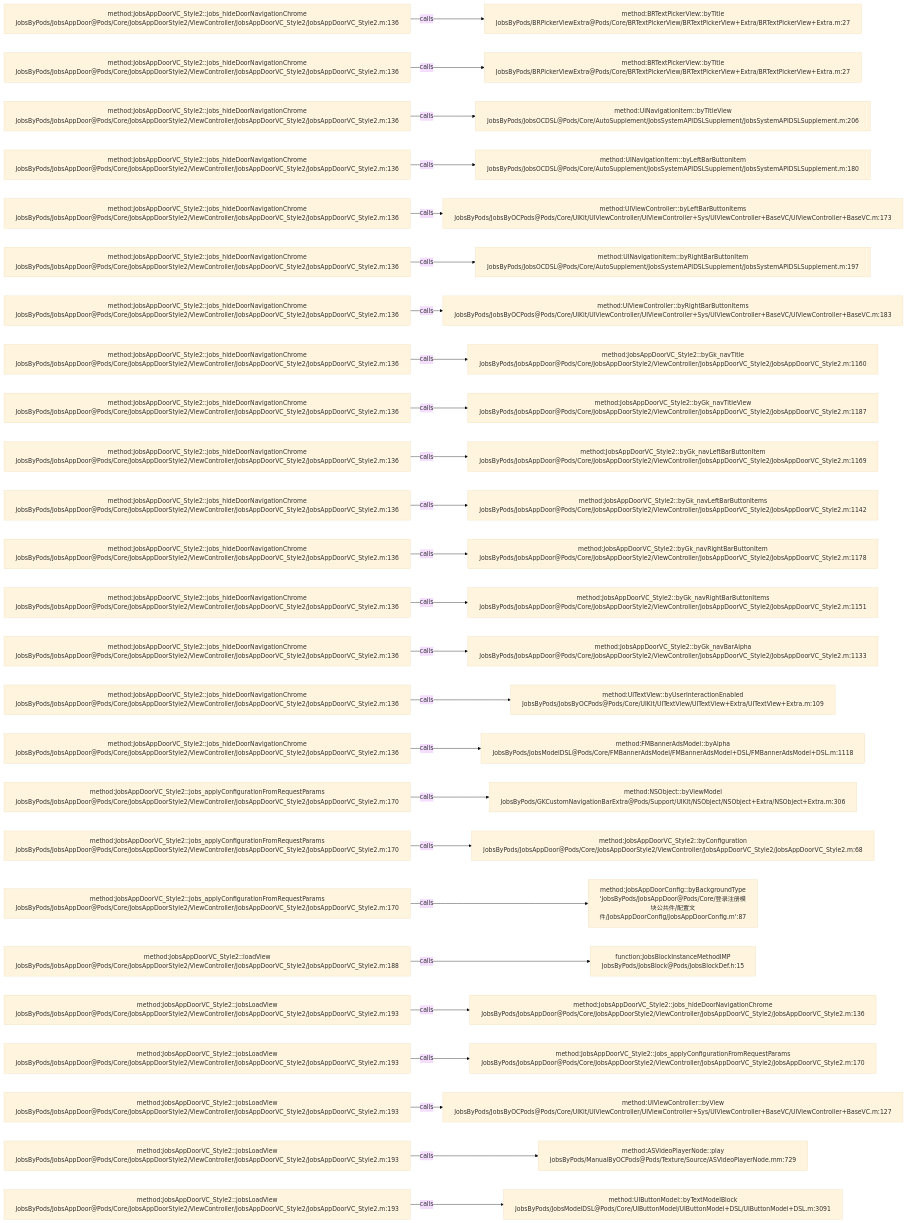
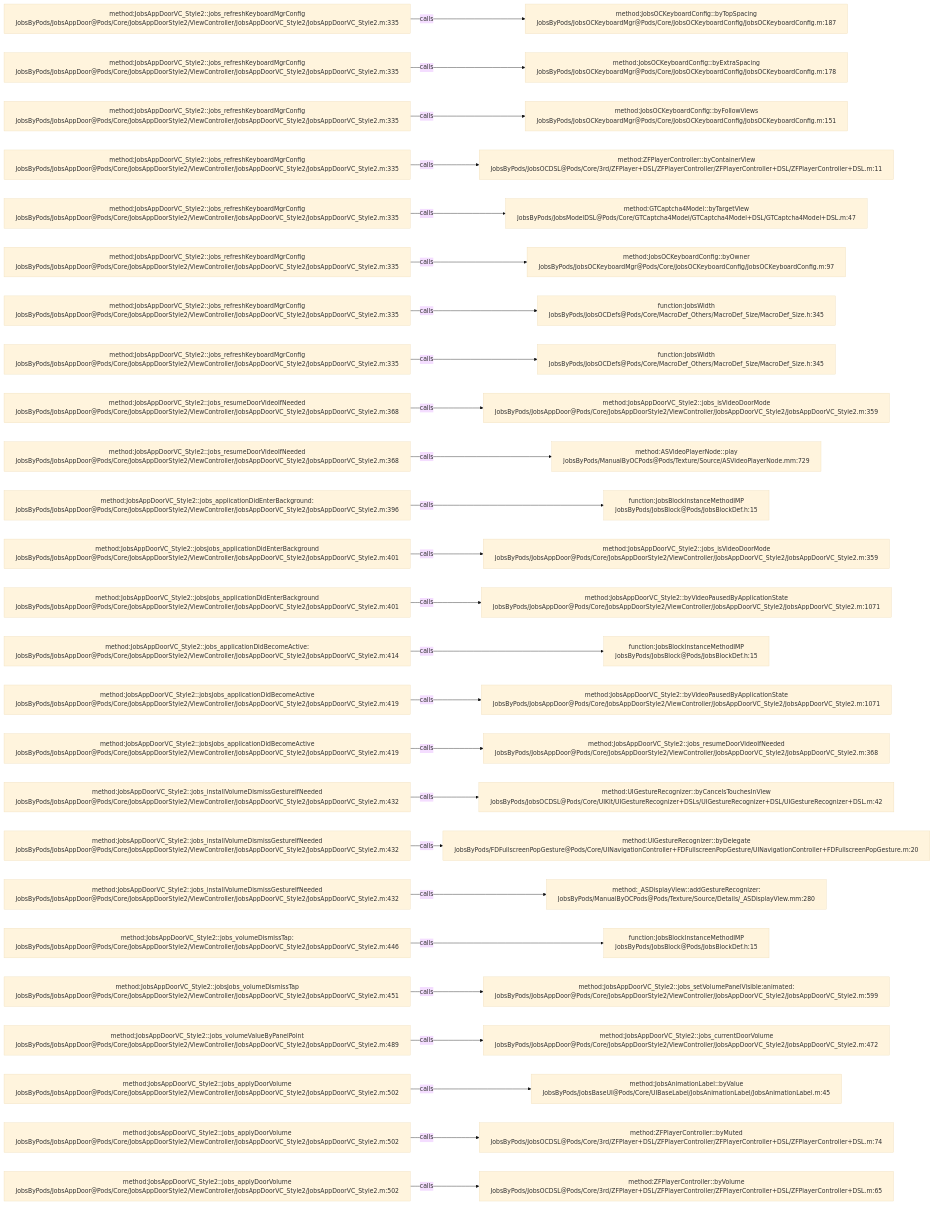
One commit to JobsKits/JobsOCBaseConfigDemo changed the diagram in .codegraph/codegraph.md/graphs/calls-138.md. Above: the diagram before and after it, drawn with Mermaid (base theme). The commit also changed 223 other files, not shown here.

````diff
--- a/.codegraph/codegraph.md/graphs/calls-138.md
+++ b/.codegraph/codegraph.md/graphs/calls-138.md
@@ -13,78 +13,78 @@
 ```mermaid
 flowchart LR
-  S1["method:JobsAppDoorVC_Style2::jobs_hideDoorNavigationChrome<br/>JobsByPods/JobsAppDoor@Pods/Core/JobsAppDoorStyle2/ViewController/JobsAppDoorVC_Style2/JobsAppDoorVC_Style2.m:136"]
-  T1["method:BRTextPickerView::byTitle<br/>JobsByPods/BRPickerViewExtra@Pods/Core/BRTextPickerView/BRTextPickerView+Extra/BRTextPickerView+Extra.m:27"]
+  S1["method:JobsAppDoorVC_Style2::jobs_refreshKeyboardMgrConfig<br/>JobsByPods/JobsAppDoor@Pods/Core/JobsAppDoorStyle2/ViewController/JobsAppDoorVC_Style2/JobsAppDoorVC_Style2.m:335"]
+  T1["method:JobsOCKeyboardConfig::byTopSpacing<br/>JobsByPods/JobsOCKeyboardMgr@Pods/Core/JobsOCKeyboardConfig/JobsOCKeyboardConfig.m:187"]
   S1 -->|calls| T1
-  S2["method:JobsAppDoorVC_Style2::jobs_hideDoorNavigationChrome<br/>JobsByPods/JobsAppDoor@Pods/Core/JobsAppDoorStyle2/ViewController/JobsAppDoorVC_Style2/JobsAppDoorVC_Style2.m:136"]
-  T2["method:BRTextPickerView::byTitle<br/>JobsByPods/BRPickerViewExtra@Pods/Core/BRTextPickerView/BRTextPickerView+Extra/BRTextPickerView+Extra.m:27"]
+  S2["method:JobsAppDoorVC_Style2::jobs_refreshKeyboardMgrConfig<br/>JobsByPods/JobsAppDoor@Pods/Core/JobsAppDoorStyle2/ViewController/JobsAppDoorVC_Style2/JobsAppDoorVC_Style2.m:335"]
+  T2["method:JobsOCKeyboardConfig::byExtraSpacing<br/>JobsByPods/JobsOCKeyboardMgr@Pods/Core/JobsOCKeyboardConfig/JobsOCKeyboardConfig.m:178"]
   S2 -->|calls| T2
-  S3["method:JobsAppDoorVC_Style2::jobs_hideDoorNavigationChrome<br/>JobsByPods/JobsAppDoor@Pods/Core/JobsAppDoorStyle2/ViewController/JobsAppDoorVC_Style2/JobsAppDoorVC_Style2.m:136"]
-  T3["method:UINavigationItem::byTitleView<br/>JobsByPods/JobsOCDSL@Pods/Core/AutoSupplement/JobsSystemAPIDSLSupplement/JobsSystemAPIDSLSupplement.m:206"]
+  S3["method:JobsAppDoorVC_Style2::jobs_refreshKeyboardMgrConfig<br/>JobsByPods/JobsAppDoor@Pods/Core/JobsAppDoorStyle2/ViewController/JobsAppDoorVC_Style2/JobsAppDoorVC_Style2.m:335"]
+  T3["method:JobsOCKeyboardConfig::byFollowViews<br/>JobsByPods/JobsOCKeyboardMgr@Pods/Core/JobsOCKeyboardConfig/JobsOCKeyboardConfig.m:151"]
   S3 -->|calls| T3
-  S4["method:JobsAppDoorVC_Style2::jobs_hideDoorNavigationChrome<br/>JobsByPods/JobsAppDoor@Pods/Core/JobsAppDoorStyle2/ViewController/JobsAppDoorVC_Style2/JobsAppDoorVC_Style2.m:136"]
-  T4["method:UINavigationItem::byLeftBarButtonItem<br/>JobsByPods/JobsOCDSL@Pods/Core/AutoSupplement/JobsSystemAPIDSLSupplement/JobsSystemAPIDSLSupplement.m:180"]
+  S4["method:JobsAppDoorVC_Style2::jobs_refreshKeyboardMgrConfig<br/>JobsByPods/JobsAppDoor@Pods/Core/JobsAppDoorStyle2/ViewController/JobsAppDoorVC_Style2/JobsAppDoorVC_Style2.m:335"]
+  T4["method:ZFPlayerController::byContainerView<br/>JobsByPods/JobsOCDSL@Pods/Core/3rd/ZFPlayer+DSL/ZFPlayerController/ZFPlayerController+DSL/ZFPlayerController+DSL.m:11"]
   S4 -->|calls| T4
-  S5["method:JobsAppDoorVC_Style2::jobs_hideDoorNavigationChrome<br/>JobsByPods/JobsAppDoor@Pods/Core/JobsAppDoorStyle2/ViewController/JobsAppDoorVC_Style2/JobsAppDoorVC_Style2.m:136"]
-  T5["method:UIViewController::byLeftBarButtonItems<br/>JobsByPods/JobsByOCPods@Pods/Core/UIKit/UIViewController/UIViewController+Sys/UIViewController+BaseVC/UIViewController+BaseVC.m:173"]
+  S5["method:JobsAppDoorVC_Style2::jobs_refreshKeyboardMgrConfig<br/>JobsByPods/JobsAppDoor@Pods/Core/JobsAppDoorStyle2/ViewController/JobsAppDoorVC_Style2/JobsAppDoorVC_Style2.m:335"]
+  T5["method:GTCaptcha4Model::byTargetView<br/>JobsByPods/JobsModelDSL@Pods/Core/GTCaptcha4Model/GTCaptcha4Model+DSL/GTCaptcha4Model+DSL.m:47"]
   S5 -->|calls| T5
-  S6["method:JobsAppDoorVC_Style2::jobs_hideDoorNavigationChrome<br/>JobsByPods/JobsAppDoor@Pods/Core/JobsAppDoorStyle2/ViewController/JobsAppDoorVC_Style2/JobsAppDoorVC_Style2.m:136"]
-  T6["method:UINavigationItem::byRightBarButtonItem<br/>JobsByPods/JobsOCDSL@Pods/Core/AutoSupplement/JobsSystemAPIDSLSupplement/JobsSystemAPIDSLSupplement.m:197"]
+  S6["method:JobsAppDoorVC_Style2::jobs_refreshKeyboardMgrConfig<br/>JobsByPods/JobsAppDoor@Pods/Core/JobsAppDoorStyle2/ViewController/JobsAppDoorVC_Style2/JobsAppDoorVC_Style2.m:335"]
+  T6["method:JobsOCKeyboardConfig::byOwner<br/>JobsByPods/JobsOCKeyboardMgr@Pods/Core/JobsOCKeyboardConfig/JobsOCKeyboardConfig.m:97"]
   S6 -->|calls| T6
-  S7["method:JobsAppDoorVC_Style2::jobs_hideDoorNavigationChrome<br/>JobsByPods/JobsAppDoor@Pods/Core/JobsAppDoorStyle2/ViewController/JobsAppDoorVC_Style2/JobsAppDoorVC_Style2.m:136"]
-  T7["method:UIViewController::byRightBarButtonItems<br/>JobsByPods/JobsByOCPods@Pods/Core/UIKit/UIViewController/UIViewController+Sys/UIViewController+BaseVC/UIViewController+BaseVC.m:183"]
+  S7["method:JobsAppDoorVC_Style2::jobs_refreshKeyboardMgrConfig<br/>JobsByPods/JobsAppDoor@Pods/Core/JobsAppDoorStyle2/ViewController/JobsAppDoorVC_Style2/JobsAppDoorVC_Style2.m:335"]
+  T7["function:JobsWidth<br/>JobsByPods/JobsOCDefs@Pods/Core/MacroDef_Others/MacroDef_Size/MacroDef_Size.h:345"]
   S7 -->|calls| T7
-  S8["method:JobsAppDoorVC_Style2::jobs_hideDoorNavigationChrome<br/>JobsByPods/JobsAppDoor@Pods/Core/JobsAppDoorStyle2/ViewController/JobsAppDoorVC_Style2/JobsAppDoorVC_Style2.m:136"]
-  T8["method:JobsAppDoorVC_Style2::byGk_navTitle<br/>JobsByPods/JobsAppDoor@Pods/Core/JobsAppDoorStyle2/ViewController/JobsAppDoorVC_Style2/JobsAppDoorVC_Style2.m:1160"]
+  S8["method:JobsAppDoorVC_Style2::jobs_refreshKeyboardMgrConfig<br/>JobsByPods/JobsAppDoor@Pods/Core/JobsAppDoorStyle2/ViewController/JobsAppDoorVC_Style2/JobsAppDoorVC_Style2.m:335"]
+  T8["function:JobsWidth<br/>JobsByPods/JobsOCDefs@Pods/Core/MacroDef_Others/MacroDef_Size/MacroDef_Size.h:345"]
   S8 -->|calls| T8
-  S9["method:JobsAppDoorVC_Style2::jobs_hideDoorNavigationChrome<br/>JobsByPods/JobsAppDoor@Pods/Core/JobsAppDoorStyle2/ViewController/JobsAppDoorVC_Style2/JobsAppDoorVC_Style2.m:136"]
-  T9["method:JobsAppDoorVC_Style2::byGk_navTitleView<br/>JobsByPods/JobsAppDoor@Pods/Core/JobsAppDoorStyle2/ViewController/JobsAppDoorVC_Style2/JobsAppDoorVC_Style2.m:1187"]
+  S9["method:JobsAppDoorVC_Style2::jobs_resumeDoorVideoIfNeeded<br/>JobsByPods/JobsAppDoor@Pods/Core/JobsAppDoorStyle2/ViewController/JobsAppDoorVC_Style2/JobsAppDoorVC_Style2.m:368"]
+  T9["method:JobsAppDoorVC_Style2::jobs_isVideoDoorMode<br/>JobsByPods/JobsAppDoor@Pods/Core/JobsAppDoorStyle2/ViewController/JobsAppDoorVC_Style2/JobsAppDoorVC_Style2.m:359"]
   S9 -->|calls| T9
-  S10["method:JobsAppDoorVC_Style2::jobs_hideDoorNavigationChrome<br/>JobsByPods/JobsAppDoor@Pods/Core/JobsAppDoorStyle2/ViewController/JobsAppDoorVC_Style2/JobsAppDoorVC_Style2.m:136"]
-  T10["method:JobsAppDoorVC_Style2::byGk_navLeftBarButtonItem<br/>JobsByPods/JobsAppDoor@Pods/Core/JobsAppDoorStyle2/ViewController/JobsAppDoorVC_Style2/JobsAppDoorVC_Style2.m:1169"]
+  S10["method:JobsAppDoorVC_Style2::jobs_resumeDoorVideoIfNeeded<br/>JobsByPods/JobsAppDoor@Pods/Core/JobsAppDoorStyle2/ViewController/JobsAppDoorVC_Style2/JobsAppDoorVC_Style2.m:368"]
+  T10["method:ASVideoPlayerNode::play<br/>JobsByPods/ManualByOCPods@Pods/Texture/Source/ASVideoPlayerNode.mm:729"]
   S10 -->|calls| T10
-  S11["method:JobsAppDoorVC_Style2::jobs_hideDoorNavigationChrome<br/>JobsByPods/JobsAppDoor@Pods/Core/JobsAppDoorStyle2/ViewController/JobsAppDoorVC_Style2/JobsAppDoorVC_Style2.m:136"]
-  T11["method:JobsAppDoorVC_Style2::byGk_navLeftBarButtonItems<br/>JobsByPods/JobsAppDoor@Pods/Core/JobsAppDoorStyle2/ViewController/JobsAppDoorVC_Style2/JobsAppDoorVC_Style2.m:1142"]
+  S11["method:JobsAppDoorVC_Style2::jobs_applicationDidEnterBackground:<br/>JobsByPods/JobsAppDoor@Pods/Core/JobsAppDoorStyle2/ViewController/JobsAppDoorVC_Style2/JobsAppDoorVC_Style2.m:396"]
+  T11["function:JobsBlockInstanceMethodIMP<br/>JobsByPods/JobsBlock@Pods/JobsBlockDef.h:15"]
   S11 -->|calls| T11
-  S12["method:JobsAppDoorVC_Style2::jobs_hideDoorNavigationChrome<br/>JobsByPods/JobsAppDoor@Pods/Core/JobsAppDoorStyle2/ViewController/JobsAppDoorVC_Style2/JobsAppDoorVC_Style2.m:136"]
-  T12["method:JobsAppDoorVC_Style2::byGk_navRightBarButtonItem<br/>JobsByPods/JobsAppDoor@Pods/Core/JobsAppDoorStyle2/ViewController/JobsAppDoorVC_Style2/JobsAppDoorVC_Style2.m:1178"]
+  S12["method:JobsAppDoorVC_Style2::jobsJobs_applicationDidEnterBackground<br/>JobsByPods/JobsAppDoor@Pods/Core/JobsAppDoorStyle2/ViewController/JobsAppDoorVC_Style2/JobsAppDoorVC_Style2.m:401"]
+  T12["method:JobsAppDoorVC_Style2::jobs_isVideoDoorMode<br/>JobsByPods/JobsAppDoor@Pods/Core/JobsAppDoorStyle2/ViewController/JobsAppDoorVC_Style2/JobsAppDoorVC_Style2.m:359"]
   S12 -->|calls| T12
-  S13["method:JobsAppDoorVC_Style2::jobs_hideDoorNavigationChrome<br/>JobsByPods/JobsAppDoor@Pods/Core/JobsAppDoorStyle2/ViewController/JobsAppDoorVC_Style2/JobsAppDoorVC_Style2.m:136"]
-  T13["method:JobsAppDoorVC_Style2::byGk_navRightBarButtonItems<br/>JobsByPods/JobsAppDoor@Pods/Core/JobsAppDoorStyle2/ViewController/JobsAppDoorVC_Style2/JobsAppDoorVC_Style2.m:1151"]
+  S13["method:JobsAppDoorVC_Style2::jobsJobs_applicationDidEnterBackground<br/>JobsByPods/JobsAppDoor@Pods/Core/JobsAppDoorStyle2/ViewController/JobsAppDoorVC_Style2/JobsAppDoorVC_Style2.m:401"]
+  T13["method:JobsAppDoorVC_Style2::byVideoPausedByApplicationState<br/>JobsByPods/JobsAppDoor@Pods/Core/JobsAppDoorStyle2/ViewController/JobsAppDoorVC_Style2/JobsAppDoorVC_Style2.m:1071"]
   S13 -->|calls| T13
-  S14["method:JobsAppDoorVC_Style2::jobs_hideDoorNavigationChrome<br/>JobsByPods/JobsAppDoor@Pods/Core/JobsAppDoorStyle2/ViewController/JobsAppDoorVC_Style2/JobsAppDoorVC_Style2.m:136"]
-  T14["method:JobsAppDoorVC_Style2::byGk_navBarAlpha<br/>JobsByPods/JobsAppDoor@Pods/Core/JobsAppDoorStyle2/ViewController/JobsAppDoorVC_Style2/JobsAppDoorVC_Style2.m:1133"]
+  S14["method:JobsAppDoorVC_Style2::jobs_applicationDidBecomeActive:<br/>JobsByPods/JobsAppDoor@Pods/Core/JobsAppDoorStyle2/ViewController/JobsAppDoorVC_Style2/JobsAppDoorVC_Style2.m:414"]
+  T14["function:JobsBlockInstanceMethodIMP<br/>JobsByPods/JobsBlock@Pods/JobsBlockDef.h:15"]
   S14 -->|calls| T14
-  S15["method:JobsAppDoorVC_Style2::jobs_hideDoorNavigationChrome<br/>JobsByPods/JobsAppDoor@Pods/Core/JobsAppDoorStyle2/ViewController/JobsAppDoorVC_Style2/JobsAppDoorVC_Style2.m:136"]
-  T15["method:UITextView::byUserInteractionEnabled<br/>JobsByPods/JobsByOCPods@Pods/Core/UIKit/UITextView/UITextView+Extra/UITextView+Extra.m:109"]
+  S15["method:JobsAppDoorVC_Style2::jobsJobs_applicationDidBecomeActive<br/>JobsByPods/JobsAppDoor@Pods/Core/JobsAppDoorStyle2/ViewController/JobsAppDoorVC_Style2/JobsAppDoorVC_Style2.m:419"]
+  T15["method:JobsAppDoorVC_Style2::byVideoPausedByApplicationState<br/>JobsByPods/JobsAppDoor@Pods/Core/JobsAppDoorStyle2/ViewController/JobsAppDoorVC_Style2/JobsAppDoorVC_Style2.m:1071"]
   S15 -->|calls| T15
-  S16["method:JobsAppDoorVC_Style2::jobs_hideDoorNavigationChrome<br/>JobsByPods/JobsAppDoor@Pods/Core/JobsAppDoorStyle2/ViewController/JobsAppDoorVC_Style2/JobsAppDoorVC_Style2.m:136"]
-  T16["method:FMBannerAdsModel::byAlpha<br/>JobsByPods/JobsModelDSL@Pods/Core/FMBannerAdsModel/FMBannerAdsModel+DSL/FMBannerAdsModel+DSL.m:1118"]
+  S16["method:JobsAppDoorVC_Style2::jobsJobs_applicationDidBecomeActive<br/>JobsByPods/JobsAppDoor@Pods/Core/JobsAppDoorStyle2/ViewController/JobsAppDoorVC_Style2/JobsAppDoorVC_Style2.m:419"]
+  T16["method:JobsAppDoorVC_Style2::jobs_resumeDoorVideoIfNeeded<br/>JobsByPods/JobsAppDoor@Pods/Core/JobsAppDoorStyle2/ViewController/JobsAppDoorVC_Style2/JobsAppDoorVC_Style2.m:368"]
   S16 -->|calls| T16
-  S17["method:JobsAppDoorVC_Style2::jobs_applyConfigurationFromRequestParams<br/>JobsByPods/JobsAppDoor@Pods/Core/JobsAppDoorStyle2/ViewController/JobsAppDoorVC_Style2/JobsAppDoorVC_Style2.m:170"]
-  T17["method:NSObject::byViewModel<br/>JobsByPods/GKCustomNavigationBarExtra@Pods/Support/UIKit/NSObject/NSObject+Extra/NSObject+Extra.m:306"]
+  S17["method:JobsAppDoorVC_Style2::jobs_installVolumeDismissGestureIfNeeded<br/>JobsByPods/JobsAppDoor@Pods/Core/JobsAppDoorStyle2/ViewController/JobsAppDoorVC_Style2/JobsAppDoorVC_Style2.m:432"]
+  T17["method:UIGestureRecognizer::byCancelsTouchesInView<br/>JobsByPods/JobsOCDSL@Pods/Core/UIKit/UIGestureRecognizer+DSLs/UIGestureRecognizer+DSL/UIGestureRecognizer+DSL.m:42"]
   S17 -->|calls| T17
-  S18["method:JobsAppDoorVC_Style2::jobs_applyConfigurationFromRequestParams<br/>JobsByPods/JobsAppDoor@Pods/Core/JobsAppDoorStyle2/ViewController/JobsAppDoorVC_Style2/JobsAppDoorVC_Style2.m:170"]
-  T18["method:JobsAppDoorVC_Style2::byConfiguration<br/>JobsByPods/JobsAppDoor@Pods/Core/JobsAppDoorStyle2/ViewController/JobsAppDoorVC_Style2/JobsAppDoorVC_Style2.m:68"]
+  S18["method:JobsAppDoorVC_Style2::jobs_installVolumeDismissGestureIfNeeded<br/>JobsByPods/JobsAppDoor@Pods/Core/JobsAppDoorStyle2/ViewController/JobsAppDoorVC_Style2/JobsAppDoorVC_Style2.m:432"]
+  T18["method:UIGestureRecognizer::byDelegate<br/>JobsByPods/FDFullscreenPopGesture@Pods/Core/UINavigationController+FDFullscreenPopGesture/UINavigationController+FDFullscreenPopGesture.m:20"]
   S18 -->|calls| T18
-  S19["method:JobsAppDoorVC_Style2::jobs_applyConfigurationFromRequestParams<br/>JobsByPods/JobsAppDoor@Pods/Core/JobsAppDoorStyle2/ViewController/JobsAppDoorVC_Style2/JobsAppDoorVC_Style2.m:170"]
-  T19["method:JobsAppDoorConfig::byBackgroundType<br/>'JobsByPods/JobsAppDoor@Pods/Core/登录注册模块公共件/配置文件/JobsAppDoorConfig/JobsAppDoorConfig.m':87"]
+  S19["method:JobsAppDoorVC_Style2::jobs_installVolumeDismissGestureIfNeeded<br/>JobsByPods/JobsAppDoor@Pods/Core/JobsAppDoorStyle2/ViewController/JobsAppDoorVC_Style2/JobsAppDoorVC_Style2.m:432"]
+  T19["method:_ASDisplayView::addGestureRecognizer:<br/>JobsByPods/ManualByOCPods@Pods/Texture/Source/Details/_ASDisplayView.mm:280"]
   S19 -->|calls| T19
-  S20["method:JobsAppDoorVC_Style2::loadView<br/>JobsByPods/JobsAppDoor@Pods/Core/JobsAppDoorStyle2/ViewController/JobsAppDoorVC_Style2/JobsAppDoorVC_Style2.m:188"]
+  S20["method:JobsAppDoorVC_Style2::jobs_volumeDismissTap:<br/>JobsByPods/JobsAppDoor@Pods/Core/JobsAppDoorStyle2/ViewController/JobsAppDoorVC_Style2/JobsAppDoorVC_Style2.m:446"]
   T20["function:JobsBlockInstanceMethodIMP<br/>JobsByPods/JobsBlock@Pods/JobsBlockDef.h:15"]
   S20 -->|calls| T20
-  S21["method:JobsAppDoorVC_Style2::jobsLoadView<br/>JobsByPods/JobsAppDoor@Pods/Core/JobsAppDoorStyle2/ViewController/JobsAppDoorVC_Style2/JobsAppDoorVC_Style2.m:193"]
-  T21["method:JobsAppDoorVC_Style2::jobs_hideDoorNavigationChrome<br/>JobsByPods/JobsAppDoor@Pods/Core/JobsAppDoorStyle2/ViewController/JobsAppDoorVC_Style2/JobsAppDoorVC_Style2.m:136"]
+  S21["method:JobsAppDoorVC_Style2::jobsJobs_volumeDismissTap<br/>JobsByPods/JobsAppDoor@Pods/Core/JobsAppDoorStyle2/ViewController/JobsAppDoorVC_Style2/JobsAppDoorVC_Style2.m:451"]
+  T21["method:JobsAppDoorVC_Style2::jobs_setVolumePanelVisible:animated:<br/>JobsByPods/JobsAppDoor@Pods/Core/JobsAppDoorStyle2/ViewController/JobsAppDoorVC_Style2/JobsAppDoorVC_Style2.m:599"]
   S21 -->|calls| T21
-  S22["method:JobsAppDoorVC_Style2::jobsLoadView<br/>JobsByPods/JobsAppDoor@Pods/Core/JobsAppDoorStyle2/ViewController/JobsAppDoorVC_Style2/JobsAppDoorVC_Style2.m:193"]
-  T22["method:JobsAppDoorVC_Style2::jobs_applyConfigurationFromRequestParams<br/>JobsByPods/JobsAppDoor@Pods/Core/JobsAppDoorStyle2/ViewController/JobsAppDoorVC_Style2/JobsAppDoorVC_Style2.m:170"]
+  S22["method:JobsAppDoorVC_Style2::jobs_volumeValueByPanelPoint<br/>JobsByPods/JobsAppDoor@Pods/Core/JobsAppDoorStyle2/ViewController/JobsAppDoorVC_Style2/JobsAppDoorVC_Style2.m:489"]
+  T22["method:JobsAppDoorVC_Style2::jobs_currentDoorVolume<br/>JobsByPods/JobsAppDoor@Pods/Core/JobsAppDoorStyle2/ViewController/JobsAppDoorVC_Style2/JobsAppDoorVC_Style2.m:472"]
   S22 -->|calls| T22
-  S23["method:JobsAppDoorVC_Style2::jobsLoadView<br/>JobsByPods/JobsAppDoor@Pods/Core/JobsAppDoorStyle2/ViewController/JobsAppDoorVC_Style2/JobsAppDoorVC_Style2.m:193"]
-  T23["method:UIViewController::byView<br/>JobsByPods/JobsByOCPods@Pods/Core/UIKit/UIViewController/UIViewController+Sys/UIViewController+BaseVC/UIViewController+BaseVC.m:127"]
+  S23["method:JobsAppDoorVC_Style2::jobs_applyDoorVolume<br/>JobsByPods/JobsAppDoor@Pods/Core/JobsAppDoorStyle2/ViewController/JobsAppDoorVC_Style2/JobsAppDoorVC_Style2.m:502"]
+  T23["method:JobsAnimationLabel::byValue<br/>JobsByPods/JobsBaseUI@Pods/Core/UIBaseLabel/JobsAnimationLabel/JobsAnimationLabel.m:45"]
   S23 -->|calls| T23
-  S24["method:JobsAppDoorVC_Style2::jobsLoadView<br/>JobsByPods/JobsAppDoor@Pods/Core/JobsAppDoorStyle2/ViewController/JobsAppDoorVC_Style2/JobsAppDoorVC_Style2.m:193"]
-  T24["method:ASVideoPlayerNode::play<br/>JobsByPods/ManualByOCPods@Pods/Texture/Source/ASVideoPlayerNode.mm:729"]
+  S24["method:JobsAppDoorVC_Style2::jobs_applyDoorVolume<br/>JobsByPods/JobsAppDoor@Pods/Core/JobsAppDoorStyle2/ViewController/JobsAppDoorVC_Style2/JobsAppDoorVC_Style2.m:502"]
+  T24["method:ZFPlayerController::byMuted<br/>JobsByPods/JobsOCDSL@Pods/Core/3rd/ZFPlayer+DSL/ZFPlayerController/ZFPlayerController+DSL/ZFPlayerController+DSL.m:74"]
   S24 -->|calls| T24
-  S25["method:JobsAppDoorVC_Style2::jobsLoadView<br/>JobsByPods/JobsAppDoor@Pods/Core/JobsAppDoorStyle2/ViewController/JobsAppDoorVC_Style2/JobsAppDoorVC_Style2.m:193"]
-  T25["method:UIButtonModel::byTextModelBlock<br/>JobsByPods/JobsModelDSL@Pods/Core/UIButtonModel/UIButtonModel+DSL/UIButtonModel+DSL.m:3091"]
+  S25["method:JobsAppDoorVC_Style2::jobs_applyDoorVolume<br/>JobsByPods/JobsAppDoor@Pods/Core/JobsAppDoorStyle2/ViewController/JobsAppDoorVC_Style2/JobsAppDoorVC_Style2.m:502"]
+  T25["method:ZFPlayerController::byVolume<br/>JobsByPods/JobsOCDSL@Pods/Core/3rd/ZFPlayer+DSL/ZFPlayerController/ZFPlayerController+DSL/ZFPlayerController+DSL.m:65"]
   S25 -->|calls| T25
 ```
````
